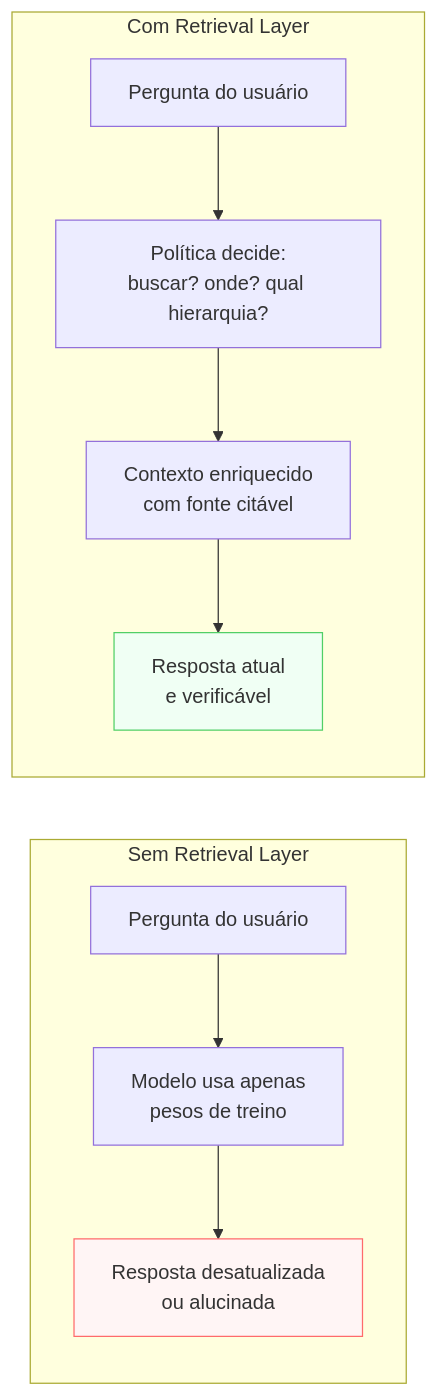
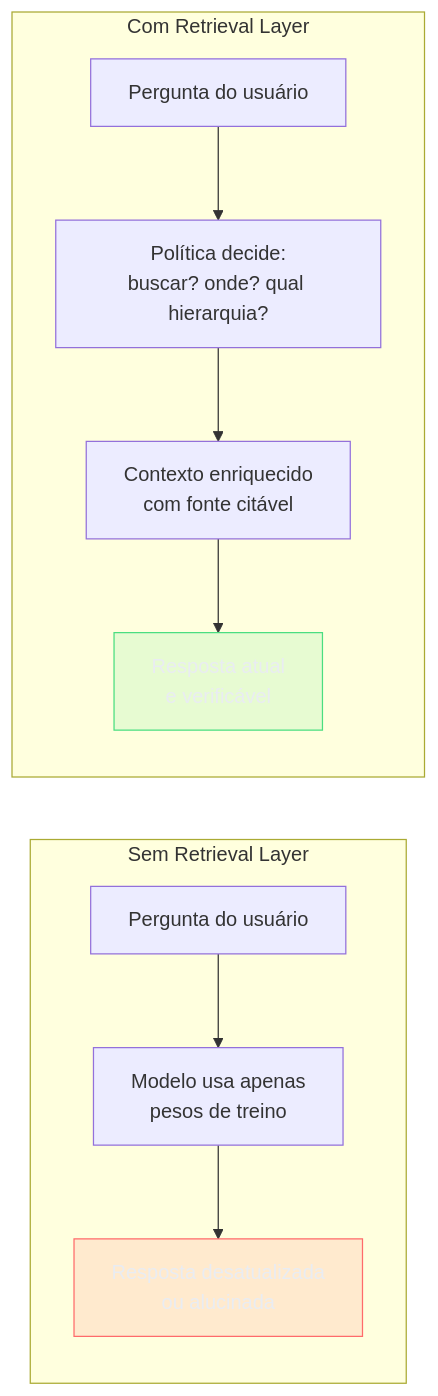
Before and after one commit to josenaldo/codex-technomanticus: the diagram in 03-Dominios/Tecnologia/IA/AI Engineering Stack/06 - Retrieval Layer.md, drawn with Mermaid. The commit also changed 1181 other files, not shown here.

First line of the commit message:
fix(diagramas): paleta do sistema no lugar de cor cravada no markdown

````diff
--- a/03-Dominios/Tecnologia/IA/AI Engineering Stack/06 - Retrieval Layer.md
+++ b/03-Dominios/Tecnologia/IA/AI Engineering Stack/06 - Retrieval Layer.md
@@ -39,21 +39,23 @@
 ```mermaid
 flowchart LR
+    classDef falha fill:#FF6B6B24,stroke:#FF6B6B,color:#E9ECF2
+    classDef ok fill:#4ADE8021,stroke:#4ADE80,color:#E9ECF2
     subgraph "Sem Retrieval Layer"
         A1["Pergunta do usuário"]
         A2["Modelo usa apenas\npesos de treino"]
         A3["Resposta desatualizada\nou alucinada"]
     end
 
     subgraph "Com Retrieval Layer"
         B1["Pergunta do usuário"]
         B2["Política decide:\nbuscar? onde? qual hierarquia?"]
         B3["Contexto enriquecido\ncom fonte citável"]
         B4["Resposta atual\ne verificável"]
     end
 
     A1 --> A2 --> A3
     B1 --> B2 --> B3 --> B4
 
-    style A3 fill:#fff5f5,stroke:#ff6b6b
-    style B4 fill:#f0fff4,stroke:#51cf66
+    class A3 falha
+    class B4 ok
 ```
````
